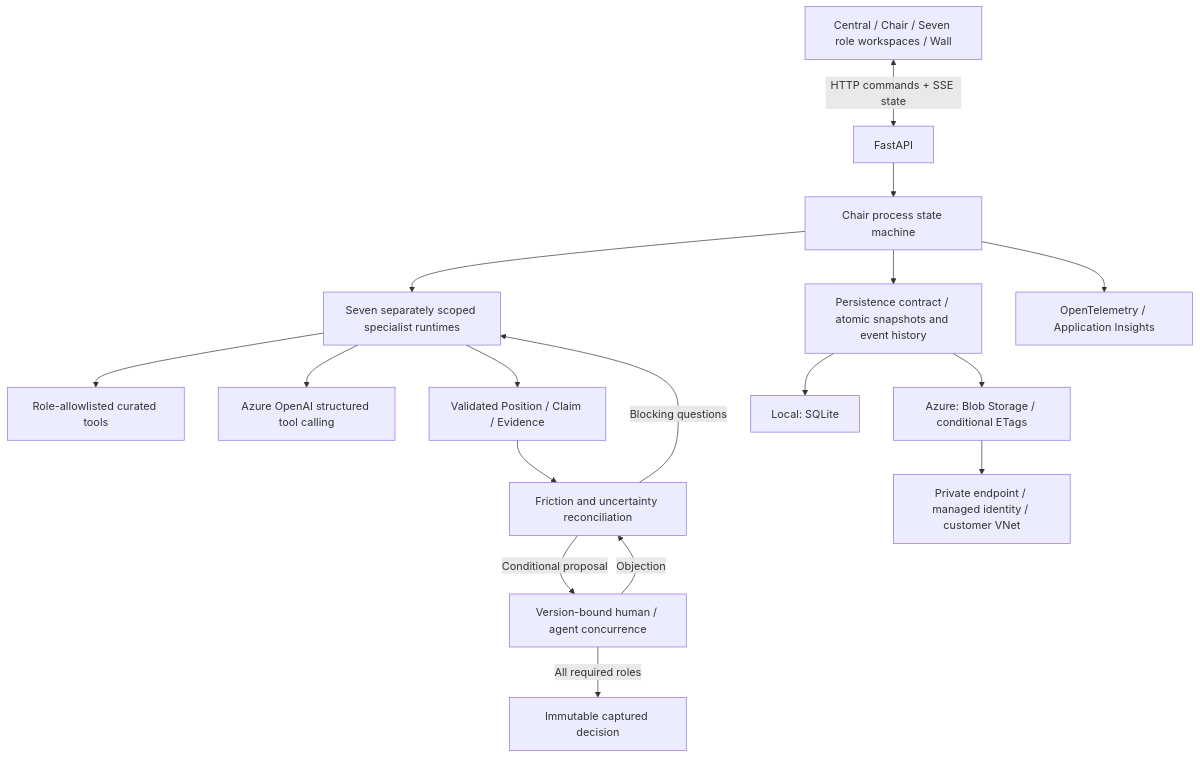
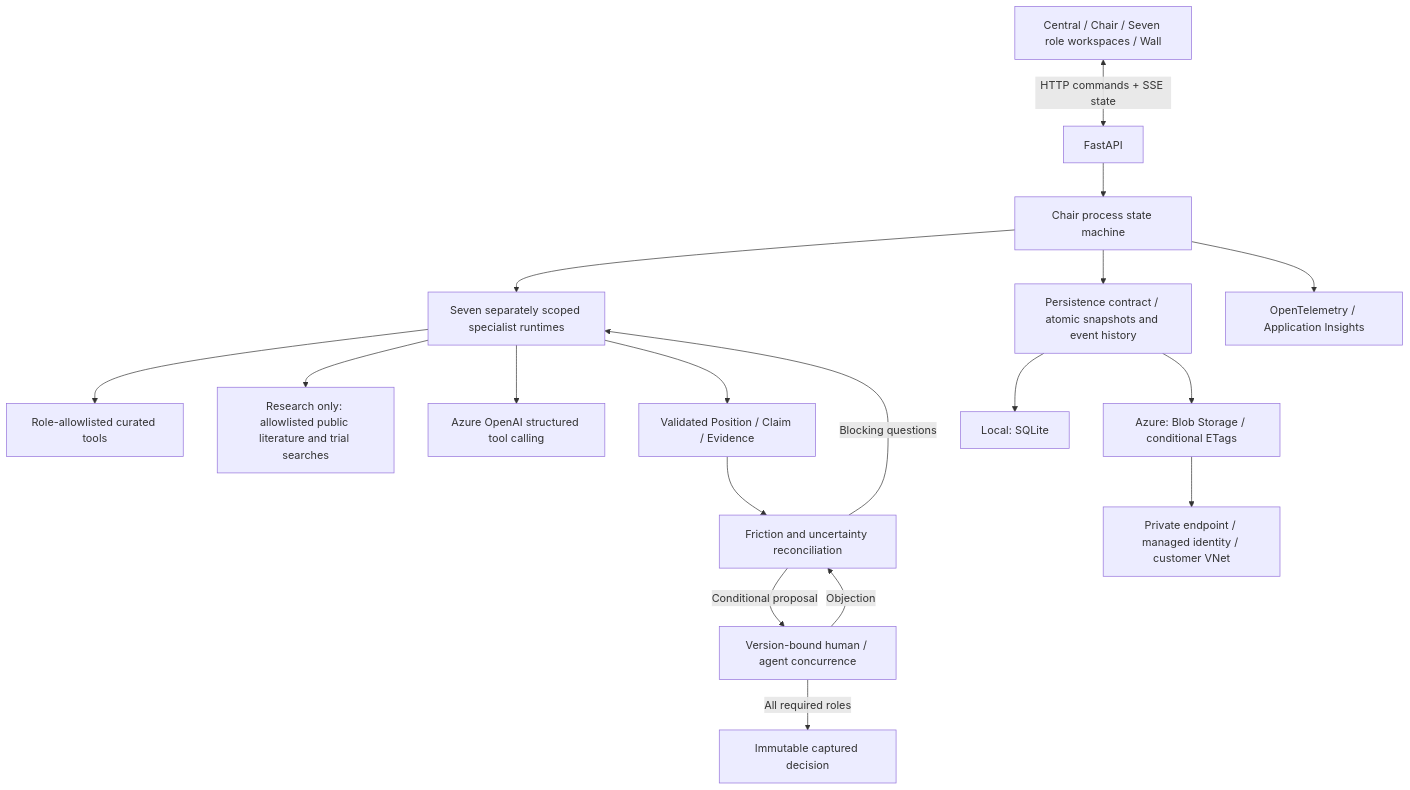
One commit to jochenvw/mdt-observatory changed the diagram in docs/architecture.md. Above: the diagram before and after it, drawn with Mermaid. The commit also changed other lines of this file and 25 other files, not shown here.

First line of the commit message:
Research specialist searches public literature and trial registries (#18)

````diff
--- a/docs/architecture.md
+++ b/docs/architecture.md
@@ -3,19 +3,20 @@
 ```mermaid
 flowchart TD
   UI[Central / Chair / Seven role workspaces / Wall] <-->|HTTP commands + SSE state| API[FastAPI]
   API --> Chair[Chair process state machine]
   Chair --> Agents[Seven separately scoped specialist runtimes]
   Agents --> Tools[Role-allowlisted curated tools]
+  Agents --> Search[Research only: allowlisted public literature and trial searches]
   Agents --> Model[Azure OpenAI structured tool calling]
   Agents --> Positions[Validated Position / Claim / Evidence]
   Positions --> Friction[Friction and uncertainty reconciliation]
   Friction -->|Blocking questions| Agents
   Friction -->|Conditional proposal| Review[Version-bound human / agent concurrence]
   Review -->|Objection| Friction
   Review -->|All required roles| Decision[Immutable captured decision]
   Chair --> Store[Persistence contract / atomic snapshots and event history]
   Store --> Local[Local: SQLite]
   Store --> Cloud[Azure: Blob Storage / conditional ETags]
   Cloud --> Private[Private endpoint / managed identity / customer VNet]
   Chair --> OTel[OpenTelemetry / Application Insights]
 ```
````
